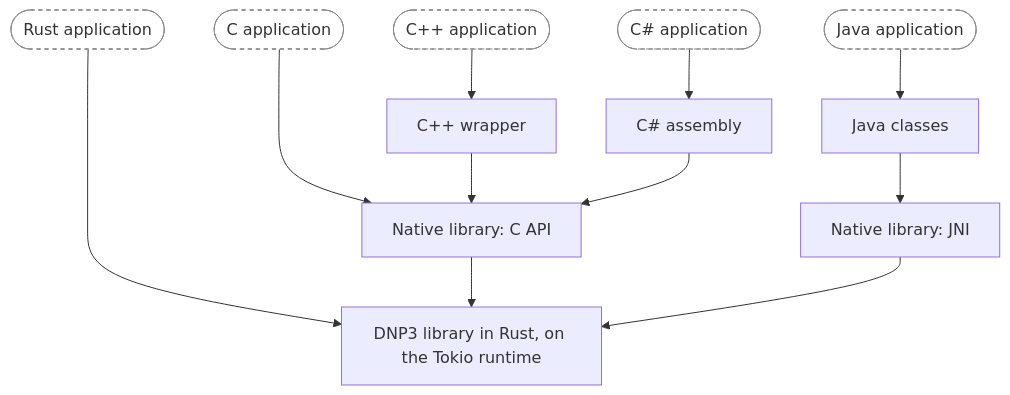
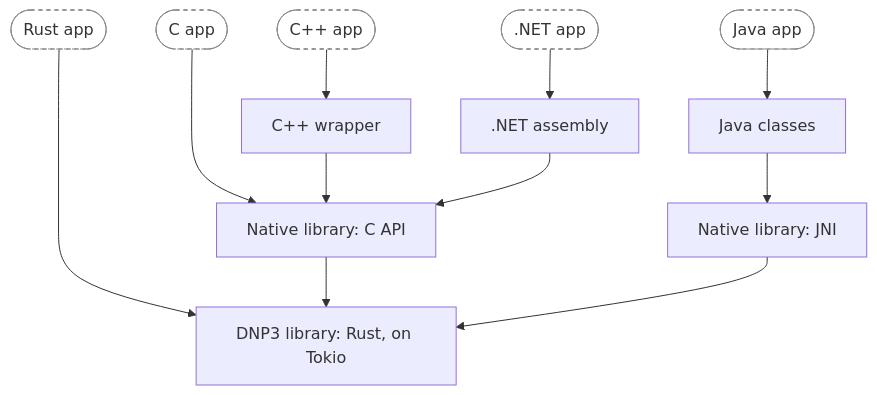
The second of 2 diagrams in guide/docs/languages/bindings.mdx (stepfunc/dnp3), drawn with Mermaid before and after one commit. The commit also changed other lines of this file and 49 other files, not shown here.

````diff
--- a/guide/docs/languages/bindings.mdx
+++ b/guide/docs/languages/bindings.mdx
@@ -42,25 +42,25 @@
 ```mermaid
 flowchart TB
-    rust(["Rust application"]):::user
-    c(["C application"]):::user
-    cpp(["C++ application"]):::user
-    cs(["C# application"]):::user
-    java(["Java application"]):::user
+    rust(["Rust app"]):::user
+    c(["C app"]):::user
+    cpp(["C++ app"]):::user
+    cs([".NET app"]):::user
+    java(["Java app"]):::user
     cppw["C++ wrapper"]
-    csa["C# assembly"]
+    csa[".NET assembly"]
     jar["Java classes"]
     capi["Native library: C API"]
     jni["Native library: JNI"]
-    core["DNP3 library in Rust, on the Tokio runtime"]
+    core["DNP3 library: Rust, on Tokio"]
     cpp --> cppw
     cs --> csa
     java --> jar
     c ---> capi
     cppw --> capi
     csa --> capi
     jar --> jni
     rust ----> core
     capi --> core
     jni --> core
     classDef user fill:#ffffff,stroke:#888888,stroke-dasharray:4 4,color:#333333
 ```
````
